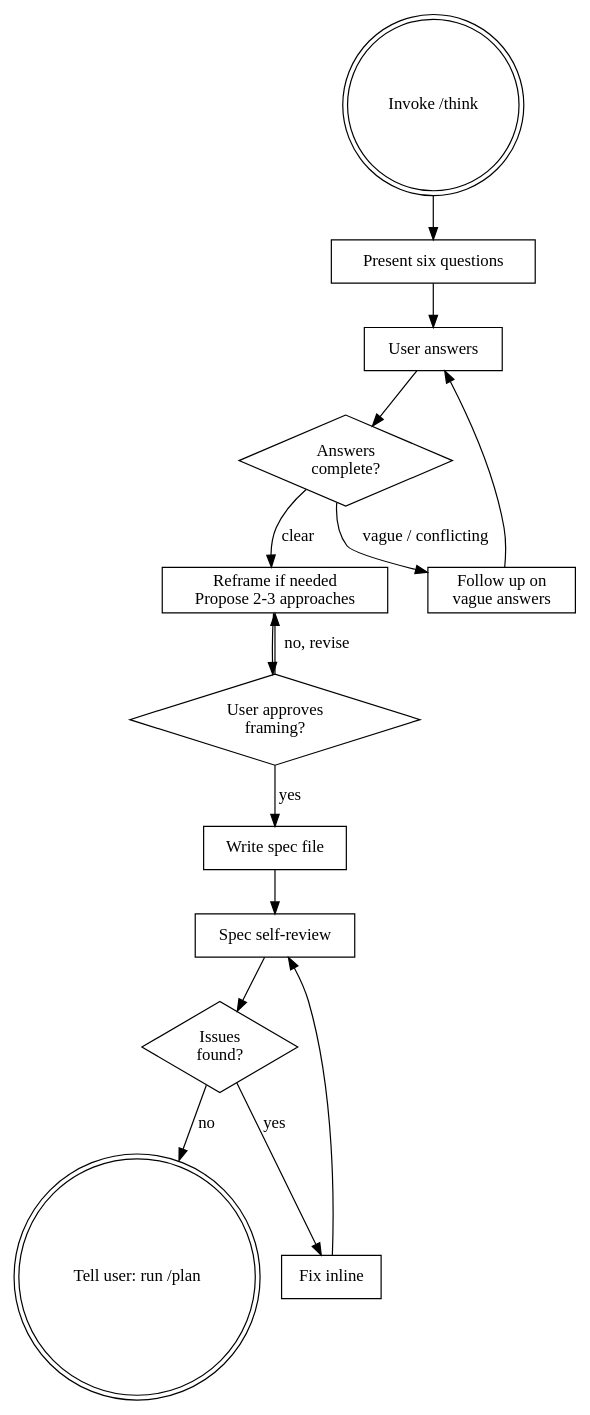
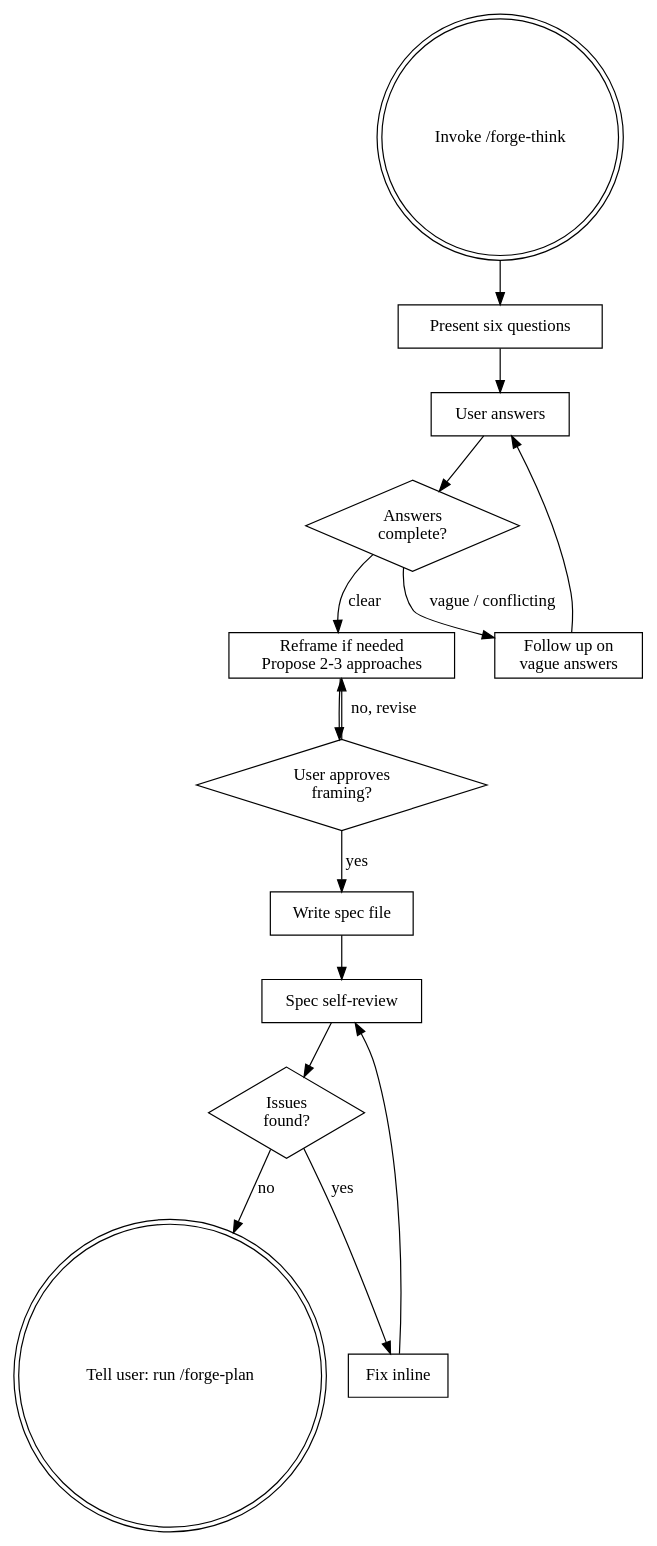
One commit to zmzhace/fullstack-skills changed the diagram in skills/think/SKILL.md. Above: the diagram before and after it, drawn with Graphviz. The commit also changed other lines of this file and 28 other files, not shown here.

````diff
--- a/skills/think/SKILL.md
+++ b/skills/think/SKILL.md
@@ -16,32 +16,32 @@
 ```dot
 digraph think {
     rankdir=TB;
-    start         [label="Invoke /think", shape=doublecircle];
+    start         [label="Invoke /forge-think", shape=doublecircle];
     questions     [label="Present six questions", shape=box];
     answers       [label="User answers", shape=box];
     complete      [label="Answers\ncomplete?", shape=diamond];
     followup      [label="Follow up on\nvague answers", shape=box];
     reframe       [label="Reframe if needed\nPropose 2-3 approaches", shape=box];
     approve       [label="User approves\nframing?", shape=diamond];
     write         [label="Write spec file", shape=box];
     selfrev       [label="Spec self-review", shape=box];
     issues        [label="Issues\nfound?", shape=diamond];
     fix           [label="Fix inline", shape=box];
-    done          [label="Tell user: run /plan", shape=doublecircle];
+    done          [label="Tell user: run /forge-plan", shape=doublecircle];
 
     start -> questions;
     questions -> answers;
     answers -> complete;
     complete -> followup [label="vague / conflicting"];
     complete -> reframe [label="clear"];
     followup -> answers;
     reframe -> approve;
     approve -> reframe [label="no, revise"];
     approve -> write [label="yes"];
     write -> selfrev;
     selfrev -> issues;
     issues -> fix [label="yes"];
     fix -> selfrev;
     issues -> done [label="no"];
 }
 ```
````
